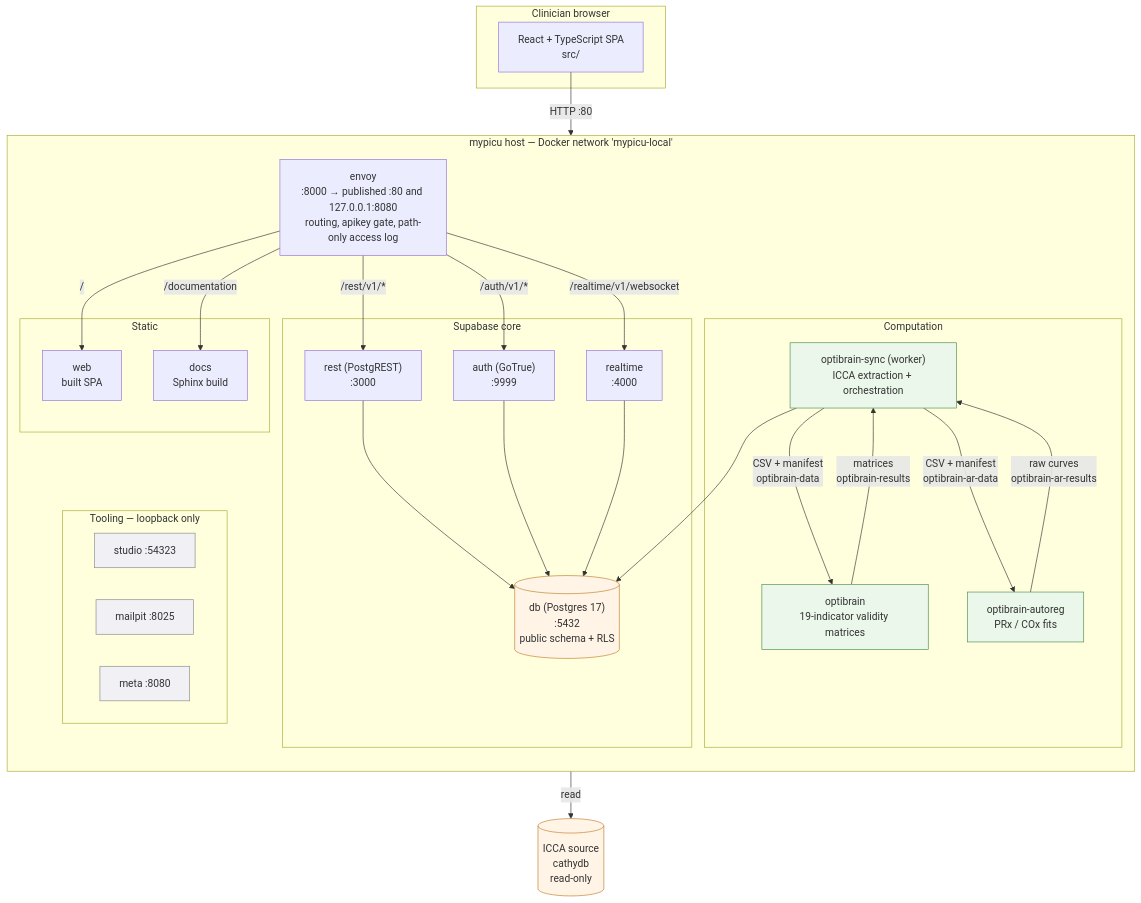
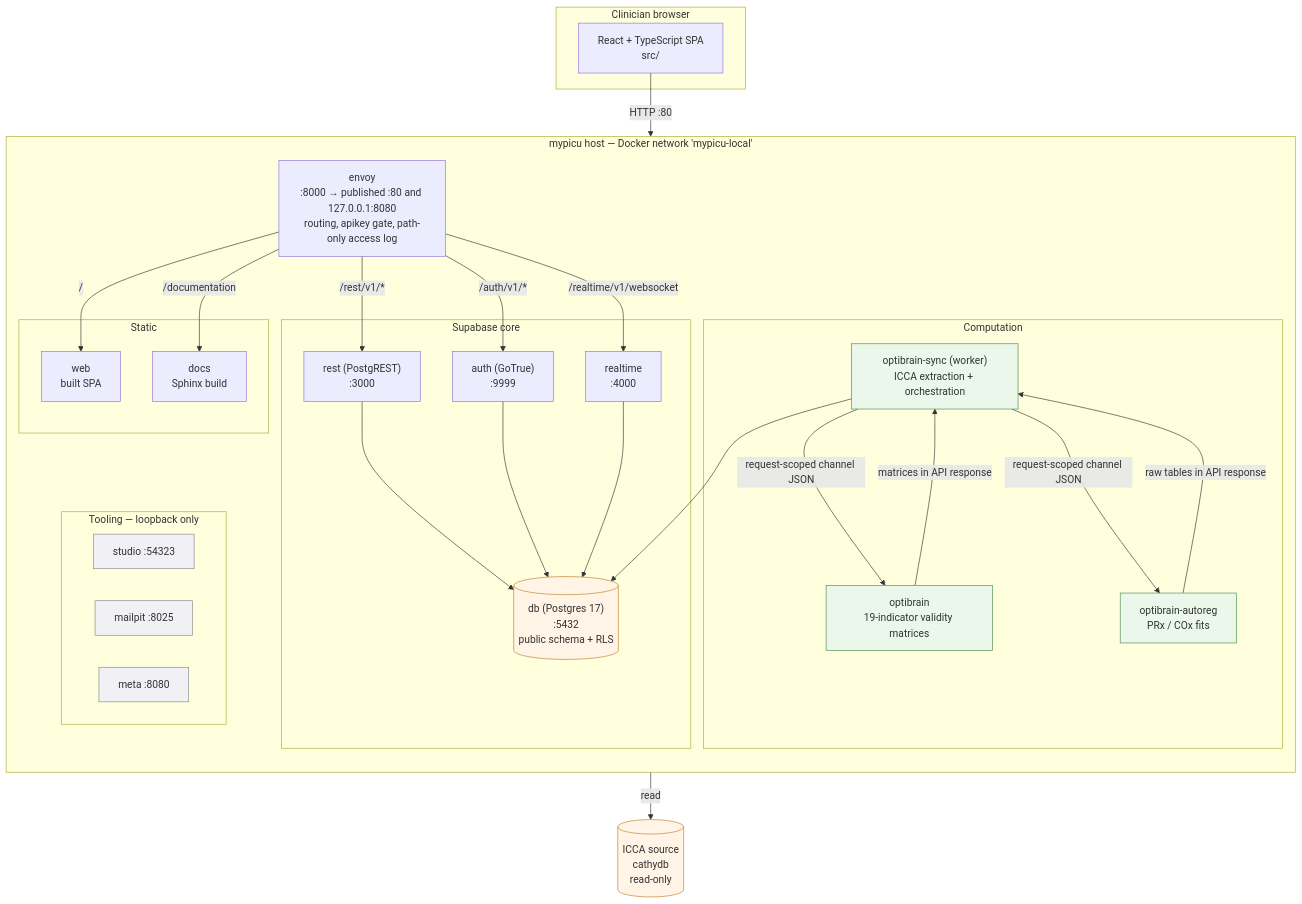
Before and after one commit to sadc-lab/MYPICU: the first of 5 diagrams in docs/architecture.md, drawn with Mermaid. The commit also changed other lines of this file and 20 other files, not shown here.

````diff
--- a/docs/architecture.md
+++ b/docs/architecture.md
@@ -31,61 +31,61 @@
 ```{mermaid}
 flowchart TB
     subgraph browser["Clinician browser"]
         UI["React + TypeScript SPA<br/>src/"]
     end
 
     subgraph host["mypicu host &mdash; Docker network 'mypicu-local'"]
         direction TB
         ENV["envoy<br/>:8000 &rarr; published :80 and 127.0.0.1:8080<br/>routing, apikey gate, path-only access log"]
 
         subgraph supabase["Supabase core"]
             AUTH["auth (GoTrue)<br/>:9999"]
             REST["rest (PostgREST)<br/>:3000"]
             RT["realtime<br/>:4000"]
             PG[("db (Postgres 17)<br/>:5432<br/>public schema + RLS")]
         end
 
         subgraph compute["Computation"]
             SYNC["optibrain-sync (worker)<br/>ICCA extraction + orchestration"]
             OB["optibrain<br/>19-indicator validity matrices"]
             AR["optibrain-autoreg<br/>PRx / COx fits"]
         end
 
         subgraph static["Static"]
             WEB["web<br/>built SPA"]
             DOCS["docs<br/>Sphinx build"]
         end
 
         subgraph tooling["Tooling &mdash; loopback only"]
             STUDIO["studio :54323"]
             MAIL["mailpit :8025"]
             META["meta :8080"]
         end
     end
 
     ICCA[("ICCA source<br/>cathydb<br/>read-only")]
 
     UI -->|"HTTP :80"| ENV
     ENV -->|"/"| WEB
     ENV -->|"/documentation"| DOCS
     ENV -->|"/auth/v1/*"| AUTH
     ENV -->|"/rest/v1/*"| REST
     ENV -->|"/realtime/v1/websocket"| RT
     REST --> PG
     AUTH --> PG
     RT --> PG
     SYNC -->|"read"| ICCA
     SYNC --> PG
-    SYNC -->|"CSV + manifest<br/>optibrain-data"| OB
-    SYNC -->|"CSV + manifest<br/>optibrain-ar-data"| AR
-    OB -->|"matrices<br/>optibrain-results"| SYNC
-    AR -->|"raw curves<br/>optibrain-ar-results"| SYNC
+    SYNC -->|"request-scoped channel JSON"| OB
+    SYNC -->|"request-scoped channel JSON"| AR
+    OB -->|"matrices in API response"| SYNC
+    AR -->|"raw tables in API response"| SYNC
 
     classDef src fill:#e8f0fe,stroke:#4a6fa5
     classDef store fill:#fff4e5,stroke:#c07d2b
     classDef compute fill:#eaf7ea,stroke:#4c8c4a
     classDef tool fill:#f0f0f5,stroke:#888
     class ICCA,PG store
     class OB,AR,SYNC compute
     class STUDIO,MAIL,META tool
 ```
````
